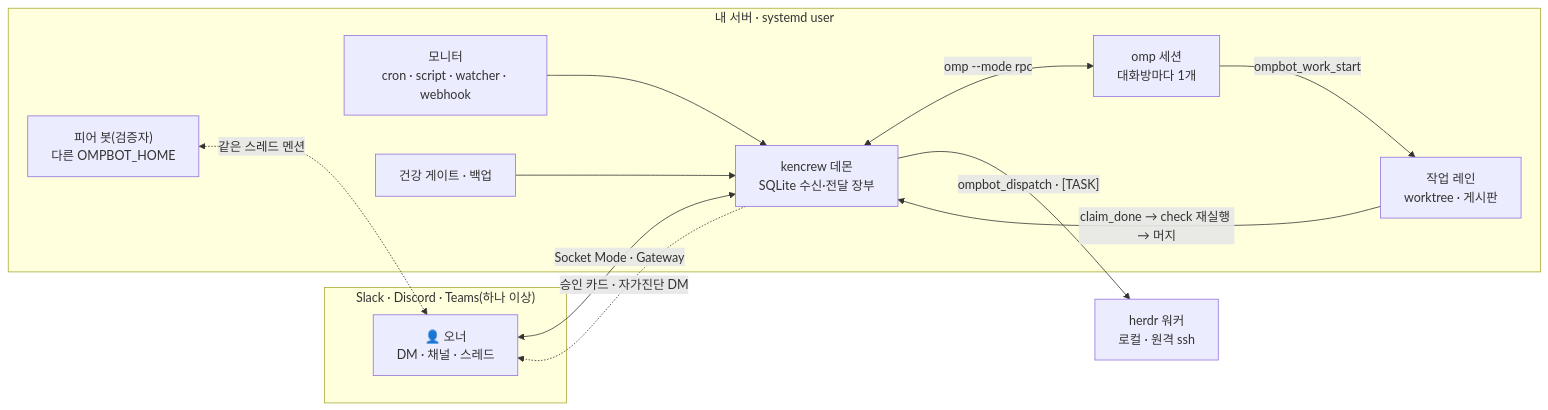
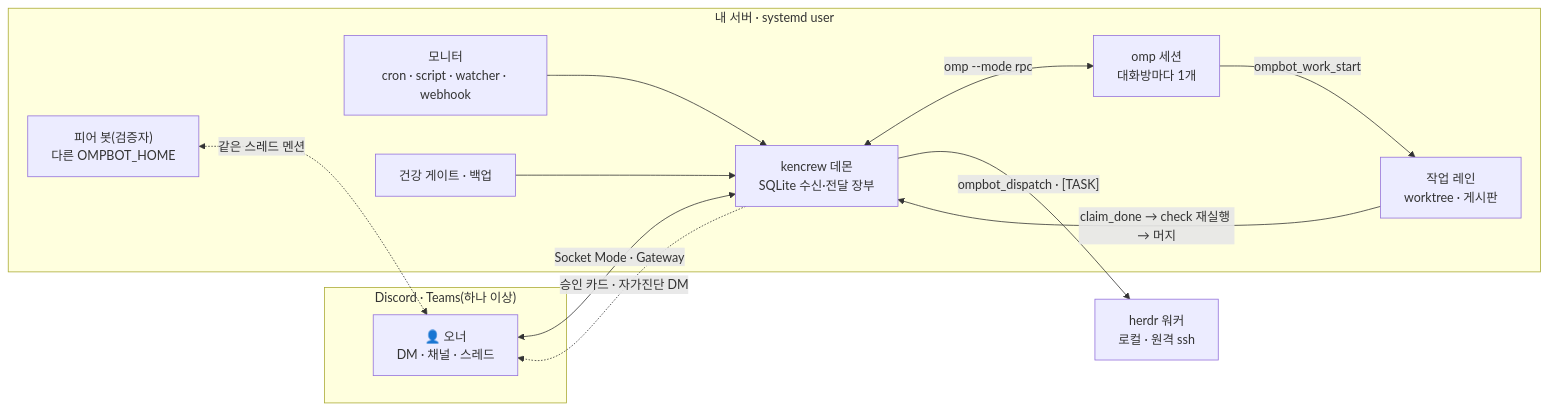
Before and after one commit to gimso2x/kencrew: the diagram in README.md, drawn with Mermaid. The commit also changed other lines of this file and 320 other files, not shown here.

````diff
--- a/README.md
+++ b/README.md
@@ -132,24 +117,24 @@
 ```mermaid
 flowchart LR
-  subgraph Chat["Slack · Discord · Teams(하나 이상)"]
+  subgraph Chat["Discord · Teams(하나 이상)"]
     O["👤 오너<br/>DM · 채널 · 스레드"]
   end
   subgraph Host["내 서버 · systemd user"]
     D["kencrew 데몬<br/>SQLite 수신·전달 장부"]
     S["omp 세션<br/>대화방마다 1개"]
     M["모니터<br/>cron · script · watcher · webhook"]
     G["건강 게이트 · 백업"]
     L["작업 레인<br/>worktree · 게시판"]
     P["피어 봇(검증자)<br/>다른 OMPBOT_HOME"]
   end
   W["herdr 워커<br/>로컬 · 원격 ssh"]
   O <-->|"Socket Mode · Gateway"| D
   D <-->|"omp --mode rpc"| S
   M --> D
   G --> D
   S -->|"ompbot_work_start"| L
   L -->|"claim_done → check 재실행 → 머지"| D
   P <-.->|"같은 스레드 멘션"| O
   D -->|"ompbot_dispatch · [TASK]"| W
   D -.->|"승인 카드 · 자가진단 DM"| O
 ```
````
